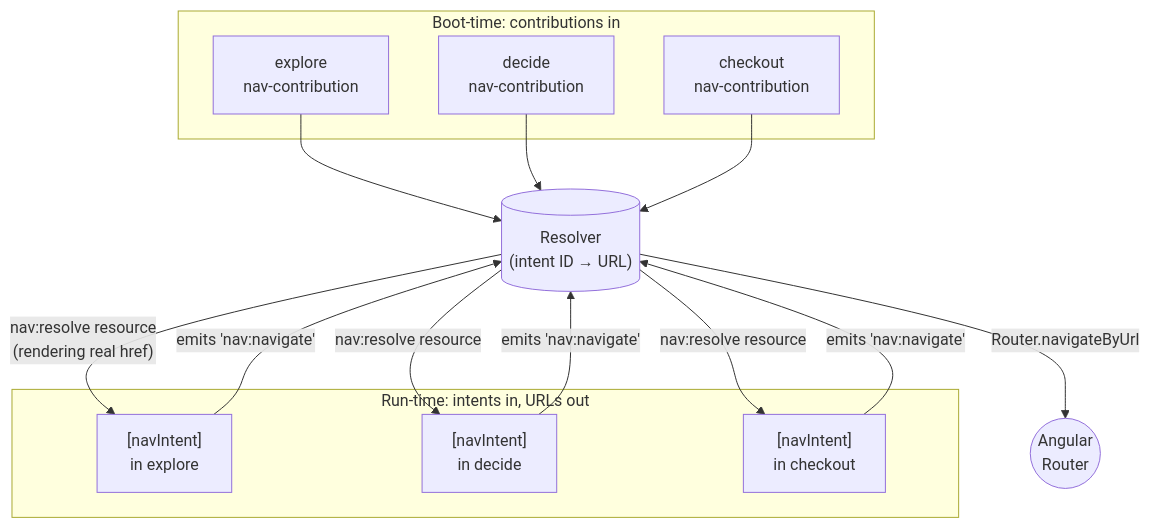
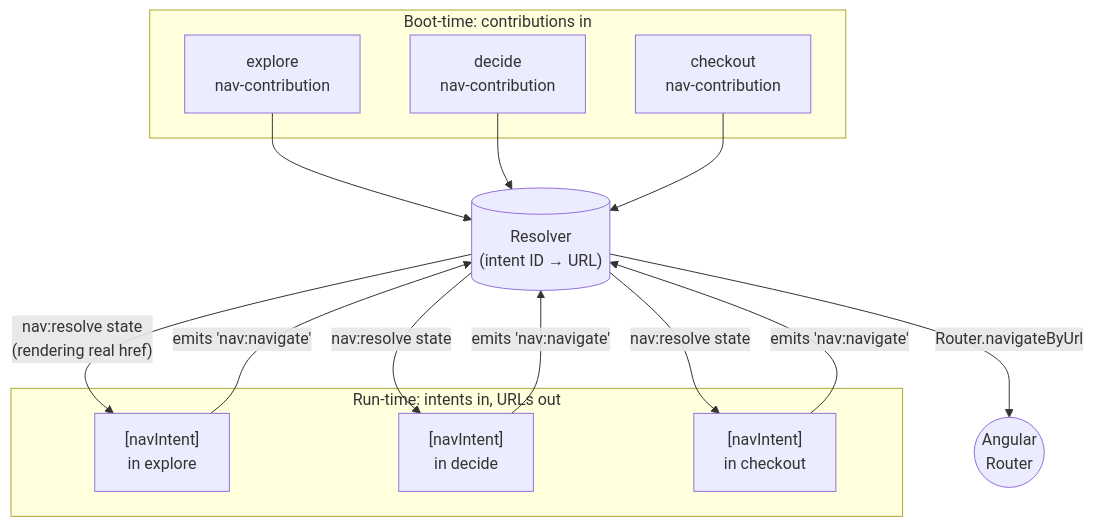
One commit to native-federation/playground changed the first of 2 diagrams in angular/tractor-store/docs/navigation.md. Above: the diagram before and after it, drawn with Mermaid. The commit also changed other lines of this file and 124 other files, not shown here.

````diff
--- a/angular/tractor-store/docs/navigation.md
+++ b/angular/tractor-store/docs/navigation.md
@@ -151,29 +157,29 @@
 ```mermaid
 flowchart TB
     Res[("Resolver<br/>(intent ID → URL)")]
 
     subgraph Contributions["Boot-time: contributions in"]
         EC[explore<br/>nav-contribution]
         DC[decide<br/>nav-contribution]
         CC[checkout<br/>nav-contribution]
     end
 
     subgraph Resolution["Run-time: intents in, URLs out"]
         EL["[navIntent]<br/>in explore"]
         DL["[navIntent]<br/>in decide"]
         CL["[navIntent]<br/>in checkout"]
     end
 
     EC --> Res
     DC --> Res
     CC --> Res
 
-    Res -- "nav:resolve resource<br/>(rendering real href)" --> EL
-    Res -- "nav:resolve resource" --> DL
-    Res -- "nav:resolve resource" --> CL
+    Res -- "nav:resolve state<br/>(rendering real href)" --> EL
+    Res -- "nav:resolve state" --> DL
+    Res -- "nav:resolve state" --> CL
 
     EL -- "emits 'nav:navigate'" --> Res
     DL -- "emits 'nav:navigate'" --> Res
     CL -- "emits 'nav:navigate'" --> Res
     Res -- "Router.navigateByUrl" --> Router((Angular<br/>Router))
 ```
````
